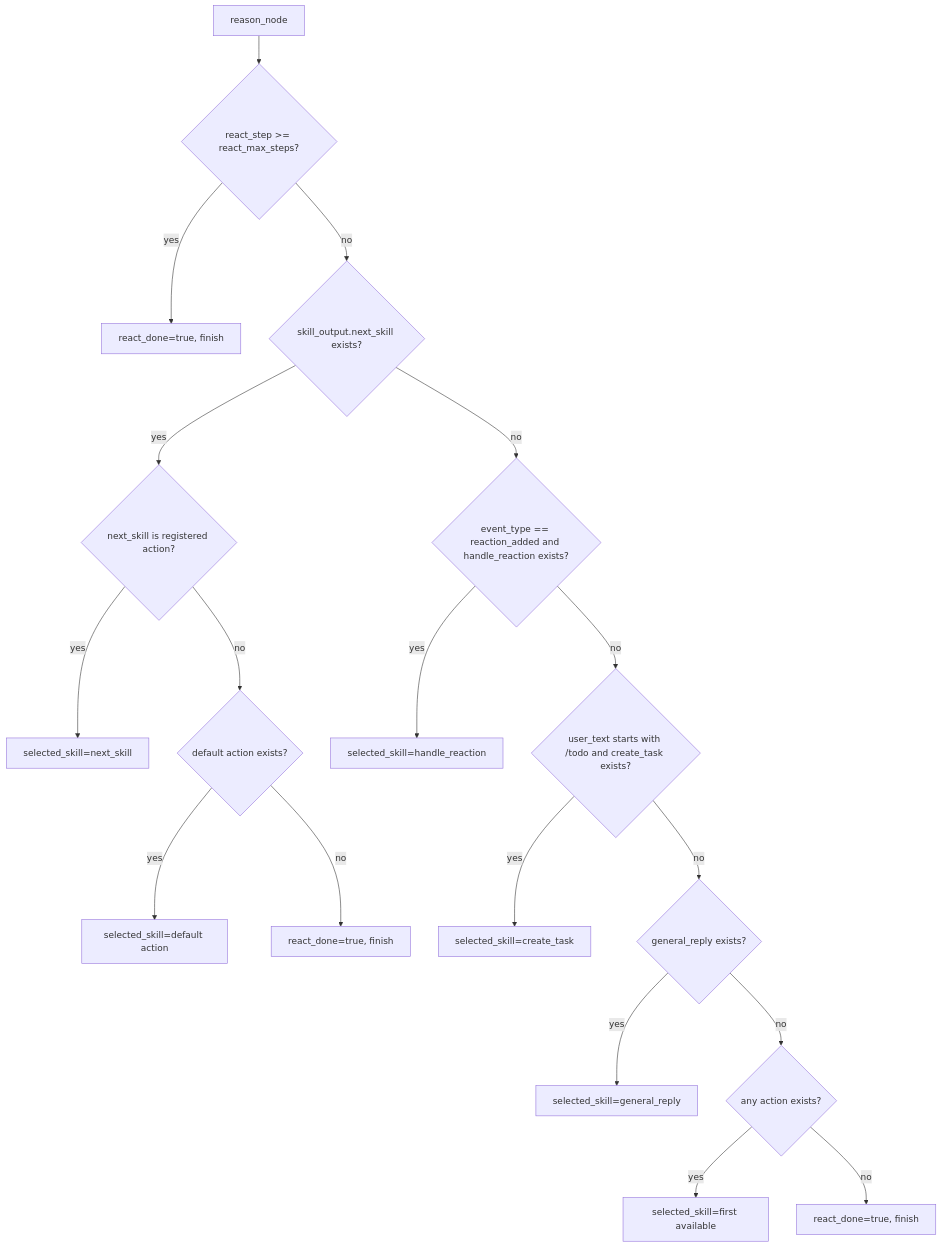
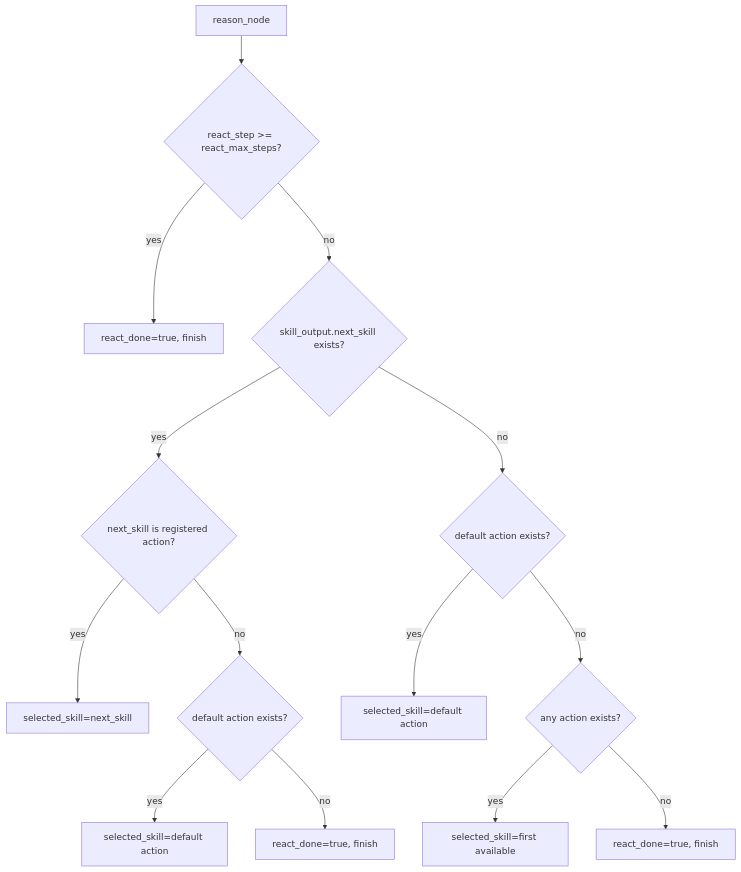
The second of 2 diagrams in docs/agent-core-algorithm.md (nigelleong0703/teambot), drawn with Mermaid before and after one commit. The commit also changed other lines of this file and 24 other files, not shown here.

````diff
--- a/docs/agent-core-algorithm.md
+++ b/docs/agent-core-algorithm.md
@@ -45,22 +45,18 @@
 ```mermaid
 flowchart TD
     R0["reason_node"] --> R1{"react_step >= react_max_steps?"}
     R1 -- "yes" --> R1D["react_done=true, finish"]
     R1 -- "no" --> R2{"skill_output.next_skill exists?"}
 
     R2 -- "yes" --> R3{"next_skill is registered action?"}
     R3 -- "yes" --> R3A["selected_skill=next_skill"]
     R3 -- "no" --> R3B{"default action exists?"}
     R3B -- "yes" --> R3C["selected_skill=default action"]
     R3B -- "no" --> R3D["react_done=true, finish"]
 
-    R2 -- "no" --> R4{"event_type == reaction_added and handle_reaction exists?"}
-    R4 -- "yes" --> R4A["selected_skill=handle_reaction"]
-    R4 -- "no" --> R5{"user_text starts with /todo and create_task exists?"}
-    R5 -- "yes" --> R5A["selected_skill=create_task"]
-    R5 -- "no" --> R6{"general_reply exists?"}
-    R6 -- "yes" --> R6A["selected_skill=general_reply"]
-    R6 -- "no" --> R7{"any action exists?"}
-    R7 -- "yes" --> R7A["selected_skill=first available"]
-    R7 -- "no" --> R7B["react_done=true, finish"]
+    R2 -- "no" --> R4{"default action exists?"}
+    R4 -- "yes" --> R4A["selected_skill=default action"]
+    R4 -- "no" --> R5{"any action exists?"}
+    R5 -- "yes" --> R5A["selected_skill=first available"]
+    R5 -- "no" --> R5B["react_done=true, finish"]
 ```
````
